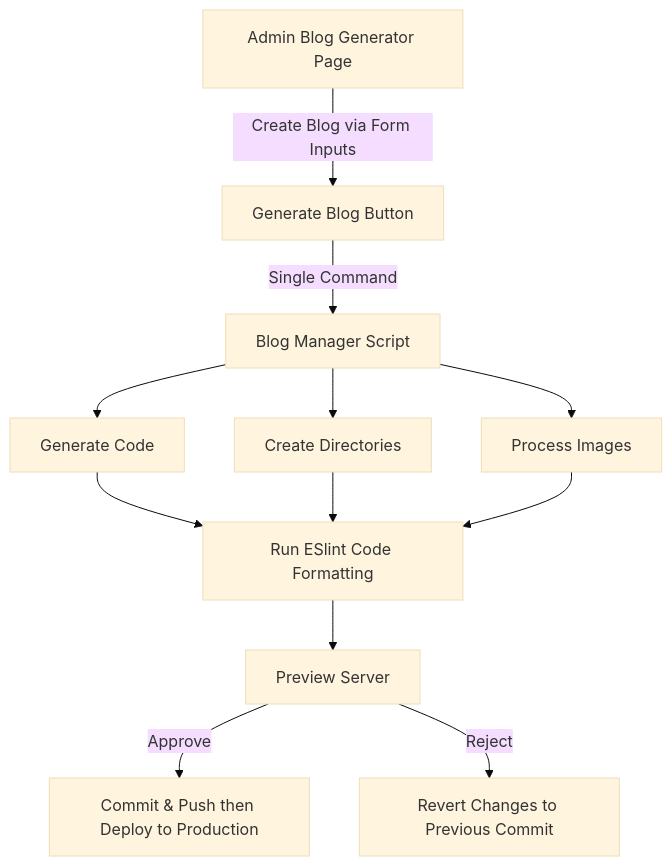
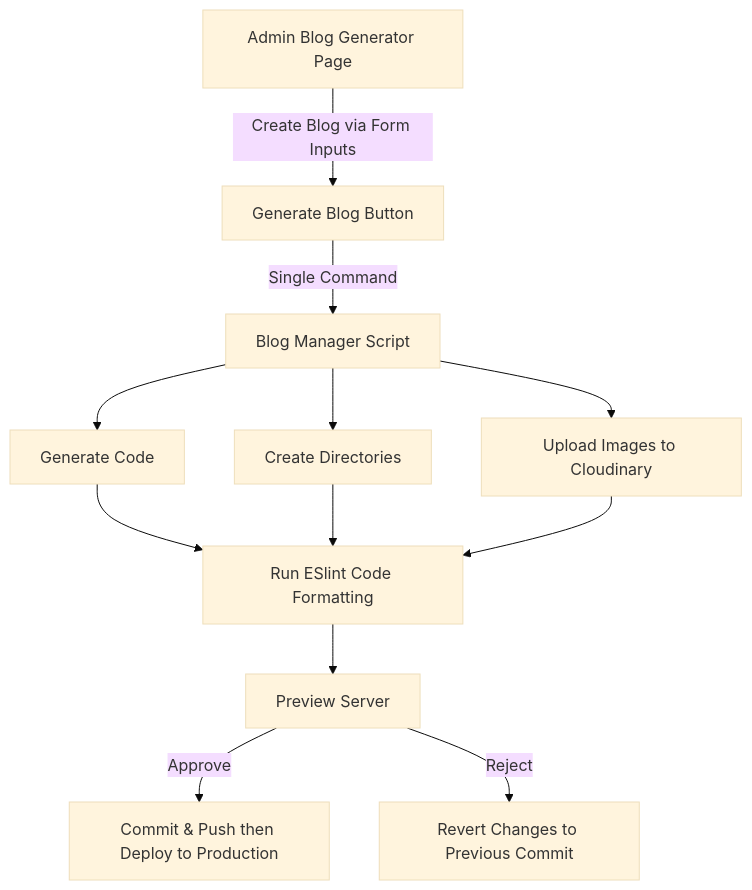
The diagram in README.md (RoySchor/aroundtheworld50s), drawn with Mermaid (base theme) before and after one commit. The commit also changed other lines of this file and 2 other files, not shown here.

````diff
--- a/README.md
+++ b/README.md
@@ -133,14 +139,14 @@
 ```mermaid
 graph TD
     A[Admin Blog Generator Page] -->|Create Blog via Form Inputs| B[Generate Blog Button]
     B[Generate Blog Button] -->|Single Command| C[Blog Manager Script]
     C --> D[Generate Code]
     C --> E[Create Directories]
-    C --> F[Process Images]
+    C --> F[Upload Images to Cloudinary]
     D --> G[Run ESlint Code Formatting]
     G --> H[Preview Server]
     E --> G
     F --> G
     H -->|Approve| I[Commit & Push then Deploy to Production]
     H -->|Reject| J[Revert Changes to Previous Commit]
 ```
````
